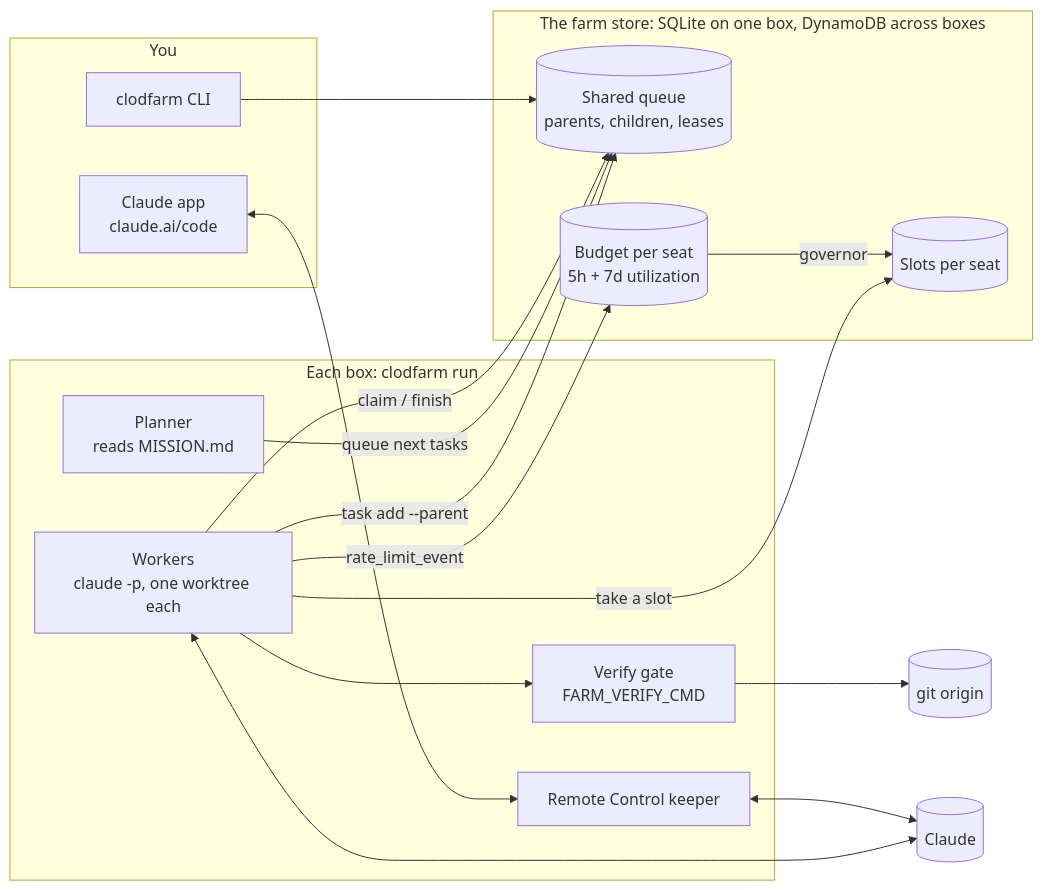
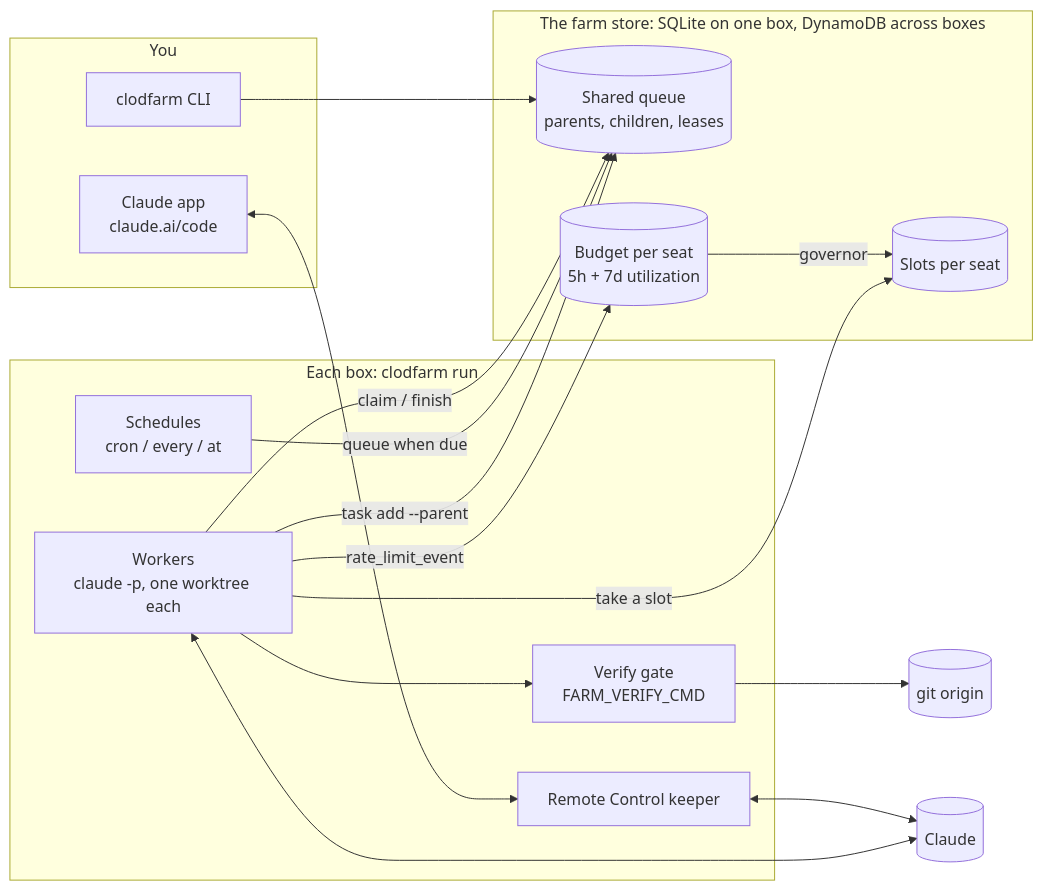
The diagram in README.md (matank001/clodfarm), drawn with Mermaid before and after one commit. The commit also changed other lines of this file and 23 other files, not shown here.

First line of the commit message:
0.3.0: talk to your Claude; it hands work to the other Claudes (task add --to) and schedules tasks (clodfarm schedule); the UI drops quests, goal and mission and shows how to reach your Claude in the Claude app; planner is opt-in; fix: a released Claude no longer leaves its workers behind

````diff
--- a/README.md
+++ b/README.md
@@ -183,31 +188,31 @@
 ```mermaid
 flowchart LR
   subgraph you[You]
     app[Claude app<br/>claude.ai/code]
     cli[clodfarm CLI]
   end
   subgraph box[Each box: clodfarm run]
     rc[Remote Control keeper]
     w[Workers<br/>claude -p, one worktree each]
-    plan[Planner<br/>reads MISSION.md]
+    sched[Schedules<br/>cron / every / at]
     gate[Verify gate<br/>FARM_VERIFY_CMD]
   end
   subgraph ddb[The farm store: SQLite on one box, DynamoDB across boxes]
     q[(Shared queue<br/>parents, children, leases)]
     b[(Budget per seat<br/>5h + 7d utilization)]
     s[(Slots per seat)]
   end
   origin[(git origin)]
   claude[(Claude)]
 
   app <--> rc
   cli --> q
   w -- claim / finish --> q
-  plan -- queue next tasks --> q
+  sched -- queue when due --> q
   w -- "task add --parent" --> q
   w -- rate_limit_event --> b
   b -- governor --> s
   w -- take a slot --> s
   w --> gate --> origin
   rc & w <--> claude
 ```
````
